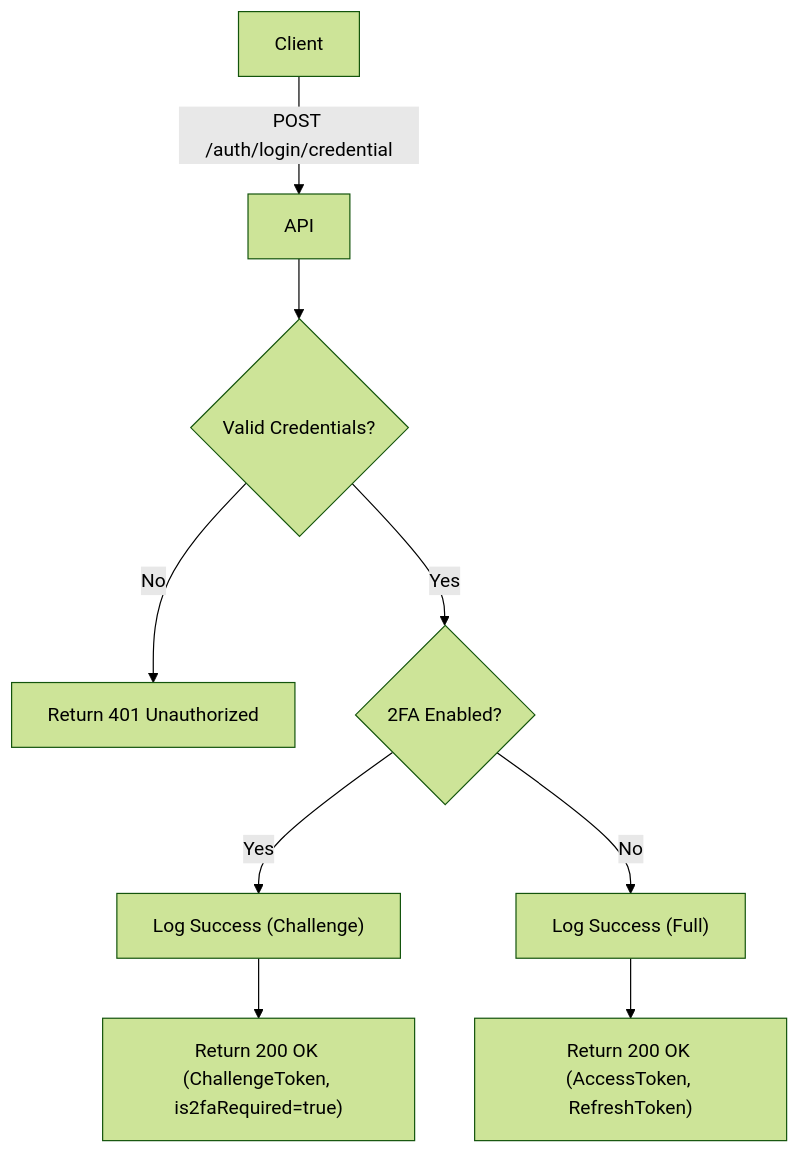
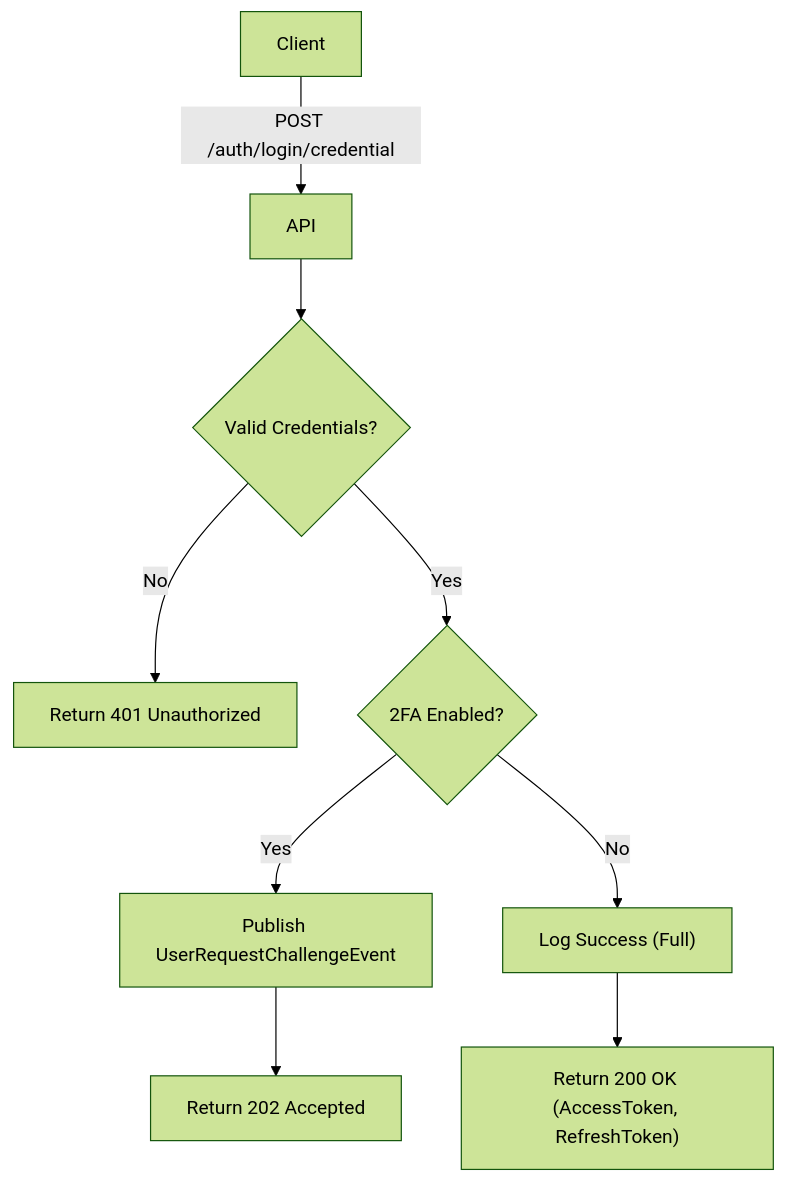
The diagram in apps/doc/src/content/api/auth/login-using-credential.mdx (leandroluk/investor), drawn with Mermaid (forest theme) before and after one commit. The commit also changed other lines of this file and 40 other files, not shown here.

````diff
--- a/apps/doc/src/content/api/auth/login-using-credential.mdx
+++ b/apps/doc/src/content/api/auth/login-using-credential.mdx
@@ -26,11 +26,11 @@
 ```mermaid
 flowchart TD
   A["Client"] -- "POST /auth/login/credential" --> B["API"]
   B --> C{"Valid Credentials?"}
   C -- "No" --> D["Return 401 Unauthorized"]
   C -- "Yes" --> E{"2FA Enabled?"}
-  E -- "Yes" --> F["Log Success (Challenge)"]
-  F --> G["Return 200 OK (ChallengeToken, is2faRequired=true)"]
+  E -- "Yes" --> F["Publish UserRequestChallengeEvent"]
+  F --> G["Return 202 Accepted"]
   E -- "No" --> H["Log Success (Full)"]
   H --> I["Return 200 OK (AccessToken, RefreshToken)"]
 ```
````
